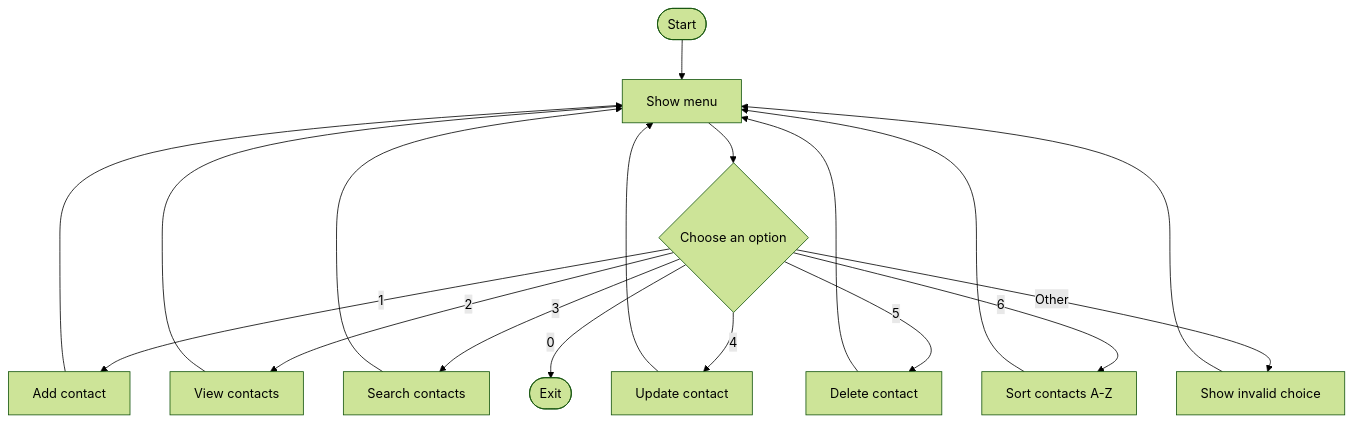
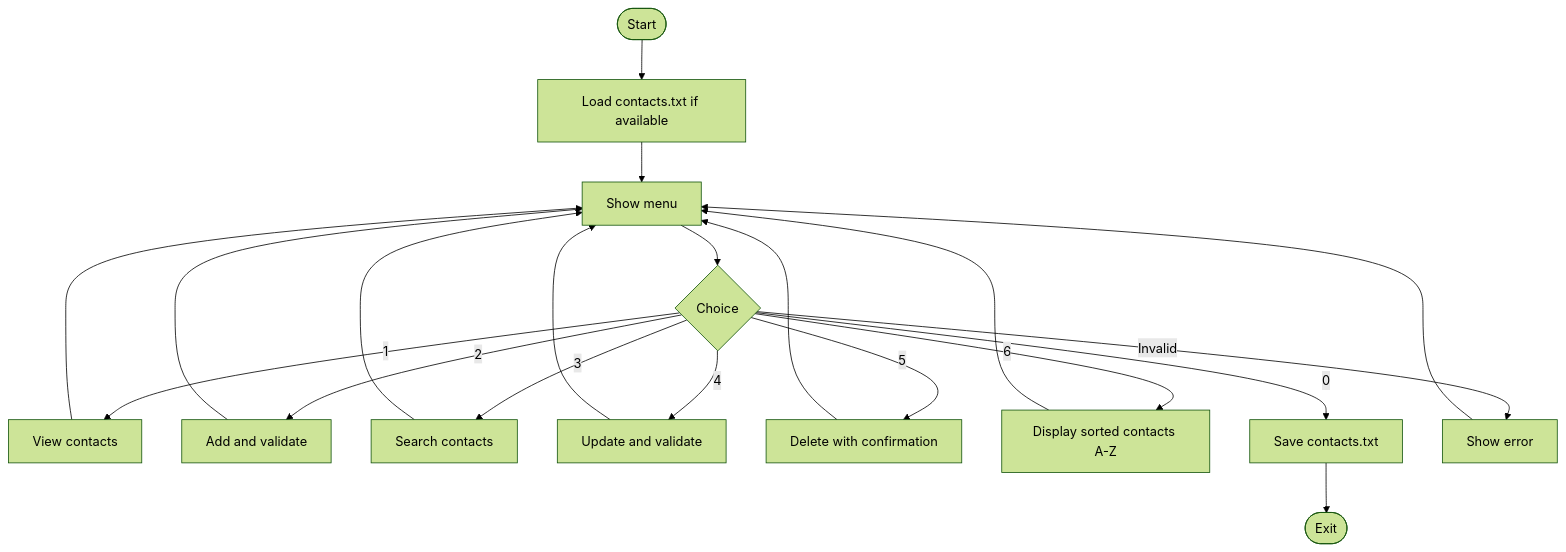
One commit to jackaldzn-blip/contact-management-workshop changed the diagram in README.md. Above: the diagram before and after it, drawn with Mermaid (forest theme). The commit also changed other lines of this file, not shown here.

````diff
--- a/README.md
+++ b/README.md
@@ -13,20 +24,22 @@
 ```mermaid
 flowchart TD
-    A([Start]) --> B[Show menu]
-    B --> C{Choose an option}
-    C -->|1| D[Add contact]
-    C -->|2| E[View contacts]
-    C -->|3| F[Search contacts]
-    C -->|4| G[Update contact]
-    C -->|5| H[Delete contact]
-    C -->|6| I[Sort contacts A-Z]
-    C -->|0| J([Exit])
-    C -->|Other| K[Show invalid choice]
-    D --> B
-    E --> B
-    F --> B
-    G --> B
-    H --> B
-    I --> B
-    K --> B
+    A([Start]) --> B[Load contacts.txt if available]
+    B --> C[Show menu]
+    C --> D{Choice}
+    D -->|1| E[View contacts]
+    D -->|2| F[Add and validate]
+    D -->|3| G[Search contacts]
+    D -->|4| H[Update and validate]
+    D -->|5| I[Delete with confirmation]
+    D -->|6| J[Display sorted contacts A-Z]
+    D -->|0| K[Save contacts.txt]
+    D -->|Invalid| L[Show error]
+    E --> C
+    F --> C
+    G --> C
+    H --> C
+    I --> C
+    J --> C
+    L --> C
+    K --> M([Exit])
 ```
````
